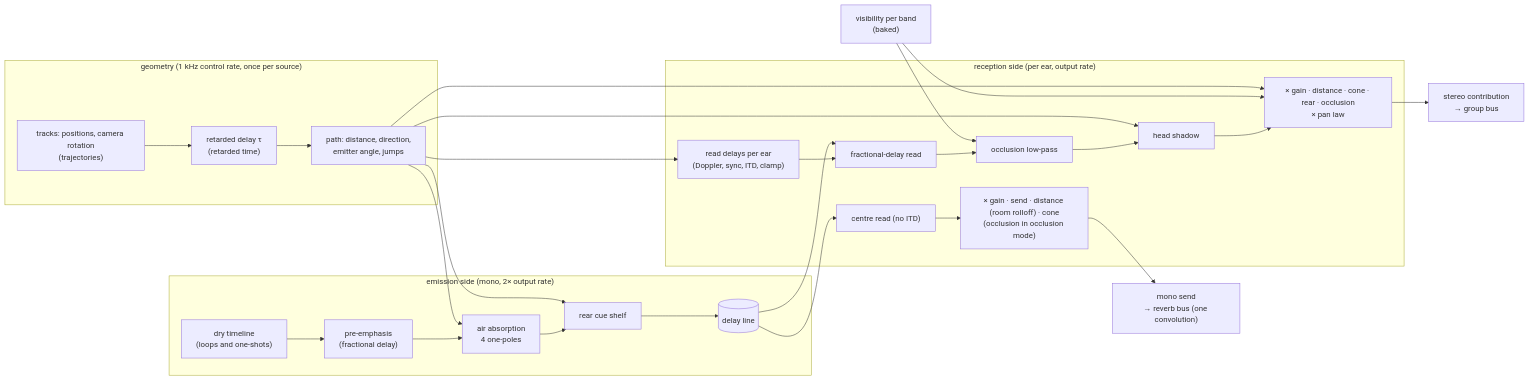
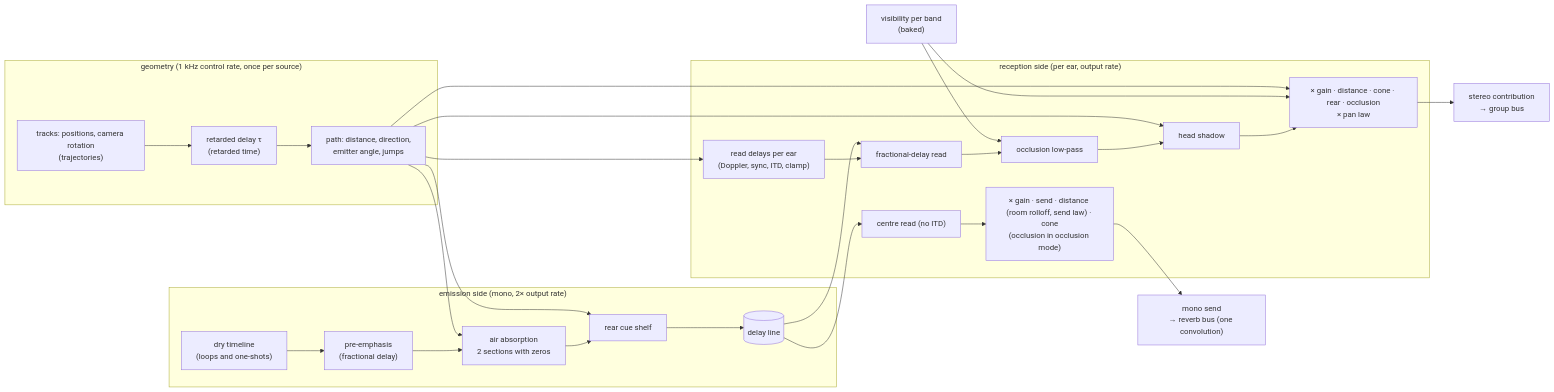
The first of 2 diagrams in research/models/processing-chain.md (Agents-Robots/soundstage), drawn with Mermaid before and after one commit. The commit also changed other lines of this file and 39 other files, not shown here.

````diff
--- a/research/models/processing-chain.md
+++ b/research/models/processing-chain.md
@@ -10,31 +10,31 @@
 ```mermaid
 flowchart LR
     subgraph geometry["geometry (1 kHz control rate, once per source)"]
         T["tracks: positions, camera rotation<br/>(trajectories)"] --> R["retarded delay τ<br/>(retarded time)"]
         R --> P["path: distance, direction,<br/>emitter angle, jumps"]
     end
     subgraph emission["emission side (mono, 2× output rate)"]
         D["dry timeline<br/>(loops and one-shots)"] --> PE["pre-emphasis<br/>(fractional delay)"]
-        PE --> AIR["air absorption<br/>4 one-poles"]
+        PE --> AIR["air absorption<br/>2 sections with zeros"]
         AIR --> REAR["rear cue shelf"]
         REAR --> DL[("delay line")]
     end
     subgraph reception["reception side (per ear, output rate)"]
         RD["read delays per ear<br/>(Doppler, sync, ITD, clamp)"] --> FD["fractional-delay read"]
         DL --> FD
         FD --> OCC["occlusion low-pass"]
         OCC --> HS["head shadow"]
         HS --> G["× gain · distance · cone · rear · occlusion<br/>× pan law"]
         DL --> SR["centre read (no ITD)"]
-        SR --> SG["× gain · send · distance (room rolloff) · cone<br/>(occlusion in occlusion mode)"]
+        SR --> SG["× gain · send · distance (room rolloff, send law) · cone<br/>(occlusion in occlusion mode)"]
     end
     V["visibility per band<br/>(baked)"] --> OCC
     V --> G
     P --> RD
     P --> AIR
     P --> REAR
     P --> HS
     P --> G
     G --> OUT["stereo contribution<br/>→ group bus"]
     SG --> SEND["mono send<br/>→ reverb bus (one convolution)"]
 ```
````
